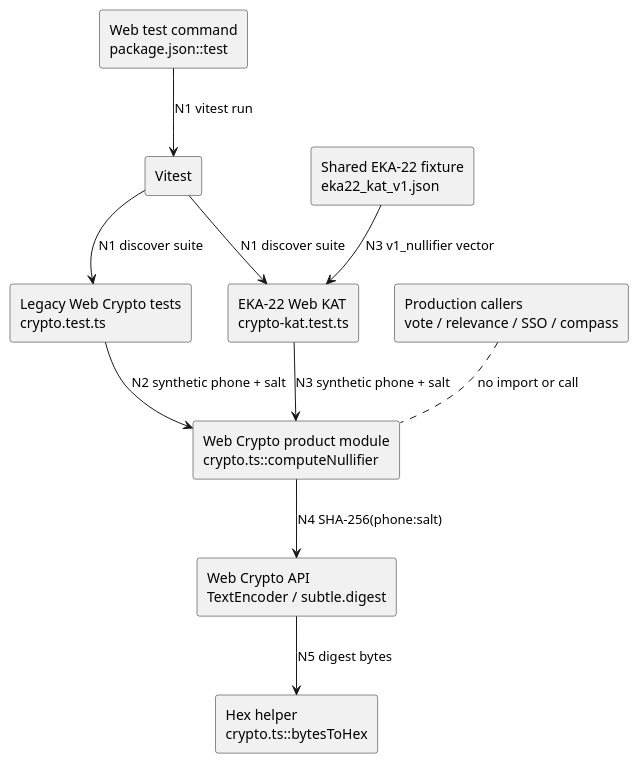
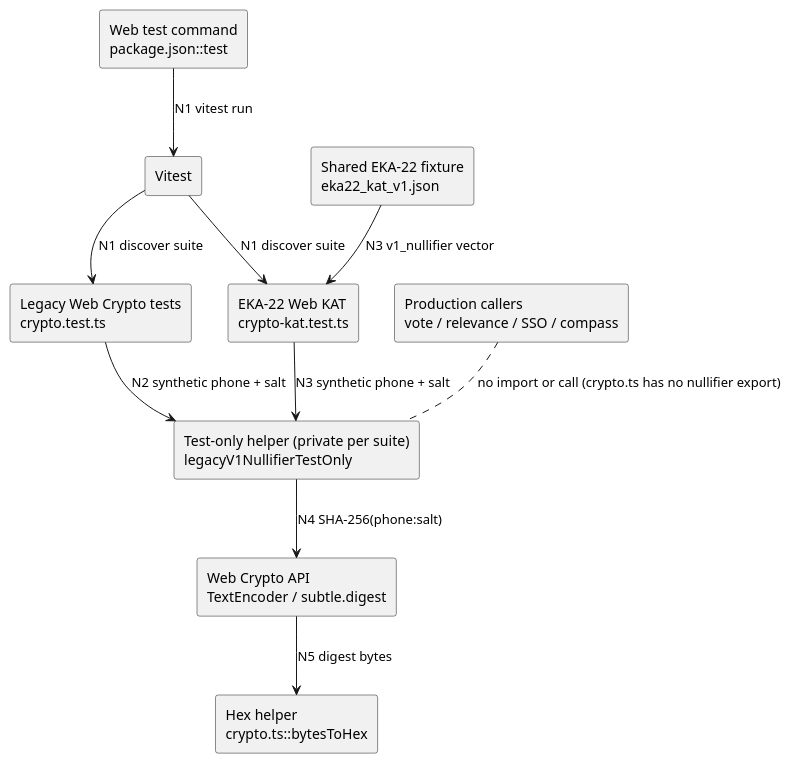
Before and after one commit to NeaBouli/pnyx: diagram 14 of 14 in docs/architecture/map.puml, drawn with PlantUML. The commit also changed other lines of this file and 9 other files, not shown here.

```diff
--- a/docs/architecture/map.puml
+++ b/docs/architecture/map.puml
@@ -315,23 +315,23 @@
 @startuml
 ' EKA-24 component diagram — arrows only for opened test hops
 skinparam componentStyle rectangle
 component "Web test command\npackage.json::test" as TESTCMD
 component "Vitest" as VITEST
 component "Legacy Web Crypto tests\ncrypto.test.ts" as LEGACY
 component "EKA-22 Web KAT\ncrypto-kat.test.ts" as KAT
 component "Shared EKA-22 fixture\neka22_kat_v1.json" as FIXTURE
-component "Web Crypto product module\ncrypto.ts::computeNullifier" as HELPER
+component "Test-only helper (private per suite)\nlegacyV1NullifierTestOnly" as HELPER
 component "Web Crypto API\nTextEncoder / subtle.digest" as WEBCRYPTO
 component "Hex helper\ncrypto.ts::bytesToHex" as HEX
 component "Production callers\nvote / relevance / SSO / compass" as PROD
 
 TESTCMD --> VITEST : N1 vitest run
 VITEST --> LEGACY : N1 discover suite
 VITEST --> KAT : N1 discover suite
 LEGACY --> HELPER : N2 synthetic phone + salt
 FIXTURE --> KAT : N3 v1_nullifier vector
 KAT --> HELPER : N3 synthetic phone + salt
 HELPER --> WEBCRYPTO : N4 SHA-256(phone:salt)
 WEBCRYPTO --> HEX : N5 digest bytes
-PROD .. HELPER : no import or call
+PROD .. HELPER : no import or call (crypto.ts has no nullifier export)
 @enduml
```
